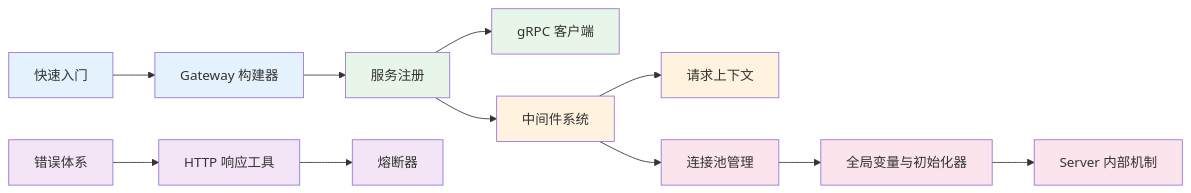
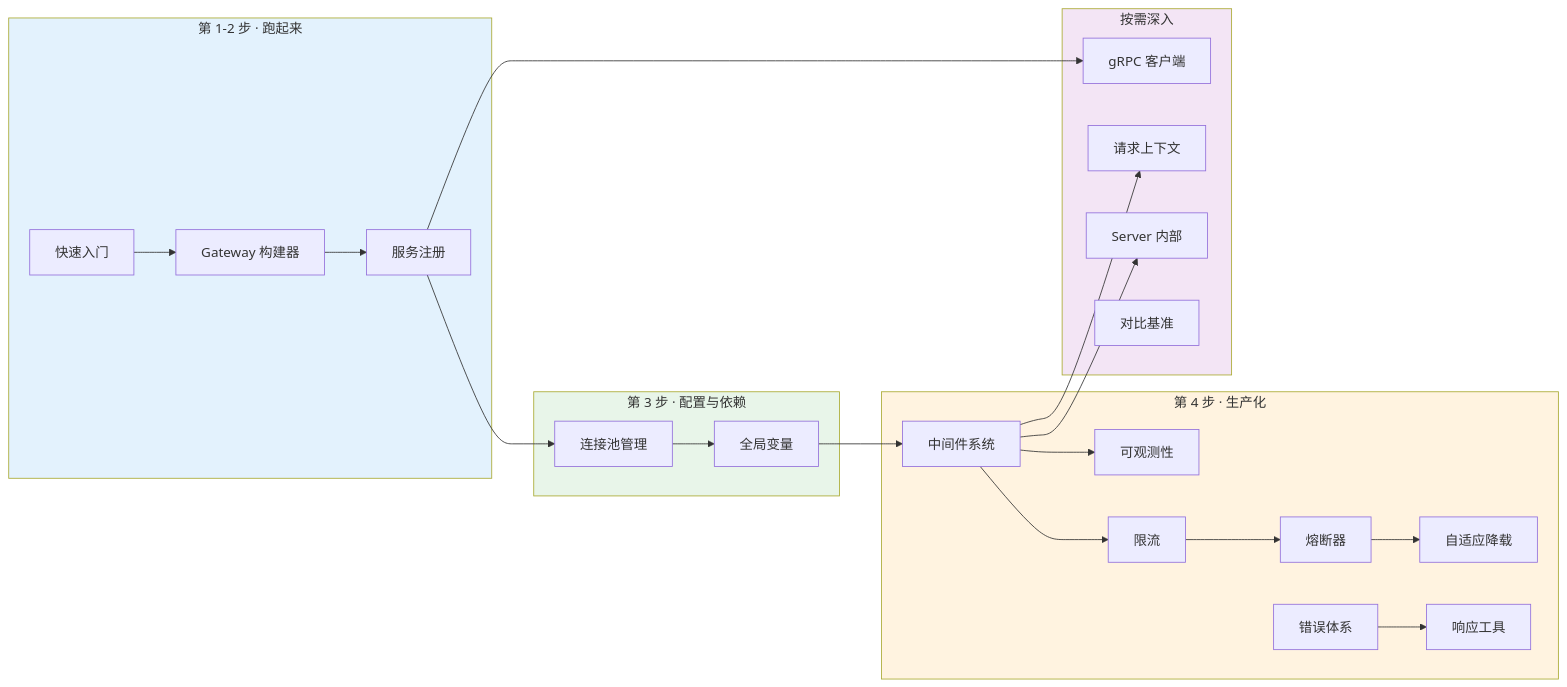
One commit to kamalyes/go-rpc-gateway changed the diagram in docs/README.md. Above: the diagram before and after it, drawn with Mermaid. The commit also changed other lines of this file and 32 other files, not shown here.

````diff
--- a/docs/README.md
+++ b/docs/README.md
@@ -38,29 +105,37 @@
 ```mermaid
 flowchart LR
-    QS["快速入门"] --> GB["Gateway 构建器"]
-    GB --> SR["服务注册"]
-    SR --> GC["gRPC 客户端"]
+    subgraph S1["第 1-2 步 · 跑起来"]
+        QS["快速入门"] --> GB["Gateway 构建器"]
+        GB --> SR["服务注册"]
+    end
 
-    SR --> MW["中间件系统"]
-    MW --> RC["请求上下文"]
+    subgraph S2["第 3 步 · 配置与依赖"]
+        CP["连接池管理"] --> GV["全局变量"]
+    end
 
-    MW --> CP["连接池管理"]
-    CP --> GV["全局变量与初始化器"]
-    GV --> SV["Server 内部机制"]
+    subgraph S3["第 4 步 · 生产化"]
+        MW["中间件系统"] --> OBS["可观测性"]
+        MW --> RL["限流"]
+        RL --> BK["熔断器"]
+        BK --> SH["自适应降载"]
+        ERR["错误体系"] --> RESP["响应工具"]
+    end
 
-    ERR["错误体系"] --> RESP["HTTP 响应工具"]
-    RESP --> BK["熔断器"]
+    subgraph S4["按需深入"]
+        GC["gRPC 客户端"]
+        RC["请求上下文"]
+        SV["Server 内部"]
+        BM["对比基准"]
+    end
 
-    style QS fill:#e3f2fd
-    style GB fill:#e3f2fd
-    style SR fill:#e8f5e9
-    style GC fill:#e8f5e9
-    style MW fill:#fff3e0
-    style RC fill:#fff3e0
-    style CP fill:#fce4ec
-    style GV fill:#fce4ec
-    style SV fill:#fce4ec
-    style ERR fill:#f3e5f5
-    style RESP fill:#f3e5f5
-    style BK fill:#f3e5f5
+    SR --> CP
+    GV --> MW
+    SR --> GC
+    MW --> RC
+    MW --> SV
+
+    style S1 fill:#e3f2fd
+    style S2 fill:#e8f5e9
+    style S3 fill:#fff3e0
+    style S4 fill:#f3e5f5
 ```
````
